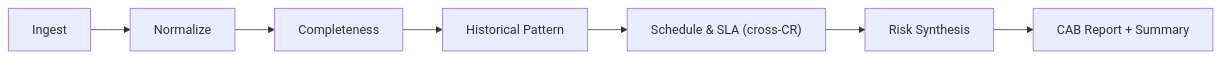
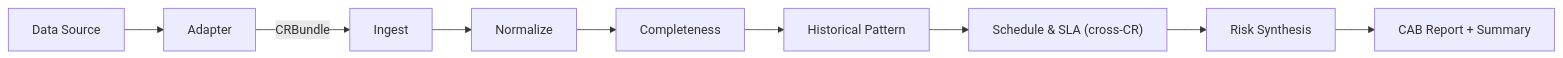
Before and after one commit to gsampaio-rh/commit-risk-adversarial-agentic-harness: the diagram in ARCHITECTURE.md, drawn with Mermaid. The commit also changed other lines of this file and 4 other files, not shown here.

First line of the commit message:
docs: add adapter layer and end-to-end pipeline flow

````diff
--- a/ARCHITECTURE.md
+++ b/ARCHITECTURE.md
@@ -17,9 +17,11 @@
 ```mermaid
 flowchart LR
-    I[Ingest] --> N[Normalize]
+    DS["Data Source"] --> AD["Adapter"]
+    AD -->|CRBundle| I[Ingest]
+    I --> N[Normalize]
     N --> CC[Completeness]
     CC --> HP["Historical Pattern"]
     HP --> SS["Schedule & SLA (cross-CR)"]
     SS --> RS["Risk Synthesis"]
     RS --> CAB["CAB Report + Summary"]
 ```
````
